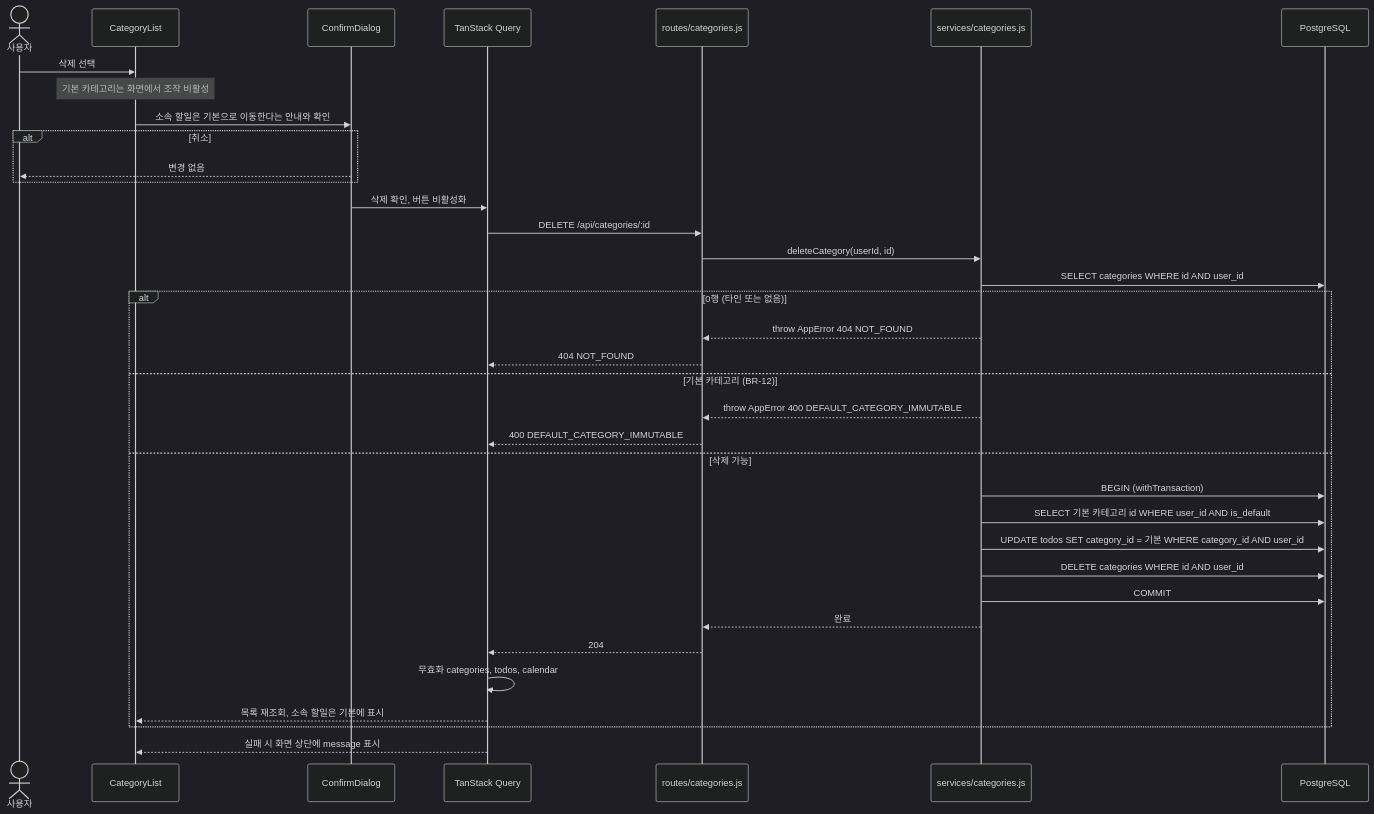
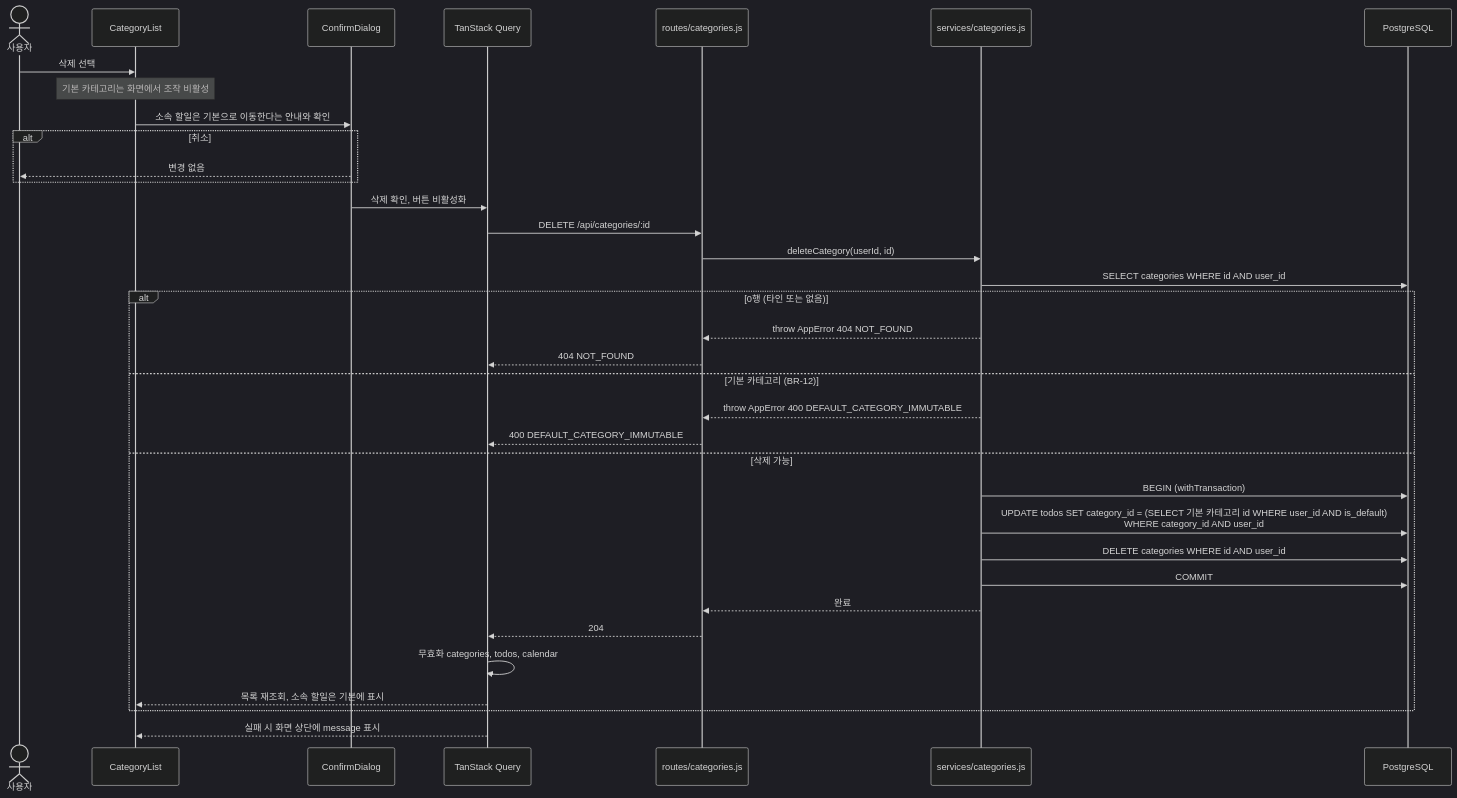
The ninth of 10 diagrams in docs/6-arch-diagram.md (pomyeong/todolist-app), drawn with Mermaid (dark theme) before and after one commit. The commit also changed other lines of this file and 10 other files, not shown here.

````diff
--- a/docs/6-arch-diagram.md
+++ b/docs/6-arch-diagram.md
@@ -426,39 +445,38 @@
 ```mermaid
 sequenceDiagram
     actor U as 사용자
     participant FE as CategoryList
     participant DLG as ConfirmDialog
     participant TQ as TanStack Query
     participant RT as routes/categories.js
     participant SV as services/categories.js
     participant DB as PostgreSQL
 
     U->>FE: 삭제 선택
     Note over FE: 기본 카테고리는 화면에서 조작 비활성
     FE->>DLG: 소속 할일은 기본으로 이동한다는 안내와 확인
     alt 취소
         DLG-->>U: 변경 없음
     end
     DLG->>TQ: 삭제 확인, 버튼 비활성화
     TQ->>RT: DELETE /api/categories/:id
     RT->>SV: deleteCategory(userId, id)
     SV->>DB: SELECT categories WHERE id AND user_id
     alt 0행 (타인 또는 없음)
         SV-->>RT: throw AppError 404 NOT_FOUND
         RT-->>TQ: 404 NOT_FOUND
     else 기본 카테고리 (BR-12)
         SV-->>RT: throw AppError 400 DEFAULT_CATEGORY_IMMUTABLE
         RT-->>TQ: 400 DEFAULT_CATEGORY_IMMUTABLE
     else 삭제 가능
         SV->>DB: BEGIN (withTransaction)
-        SV->>DB: SELECT 기본 카테고리 id WHERE user_id AND is_default
-        SV->>DB: UPDATE todos SET category_id = 기본 WHERE category_id AND user_id
+        SV->>DB: UPDATE todos SET category_id = (SELECT 기본 카테고리 id WHERE user_id AND is_default)<br/>WHERE category_id AND user_id
         SV->>DB: DELETE categories WHERE id AND user_id
         SV->>DB: COMMIT
         SV-->>RT: 완료
         RT-->>TQ: 204
         TQ->>TQ: 무효화 categories, todos, calendar
         TQ-->>FE: 목록 재조회, 소속 할일은 기본에 표시
     end
     TQ-->>FE: 실패 시 화면 상단에 message 표시
 ```
````
